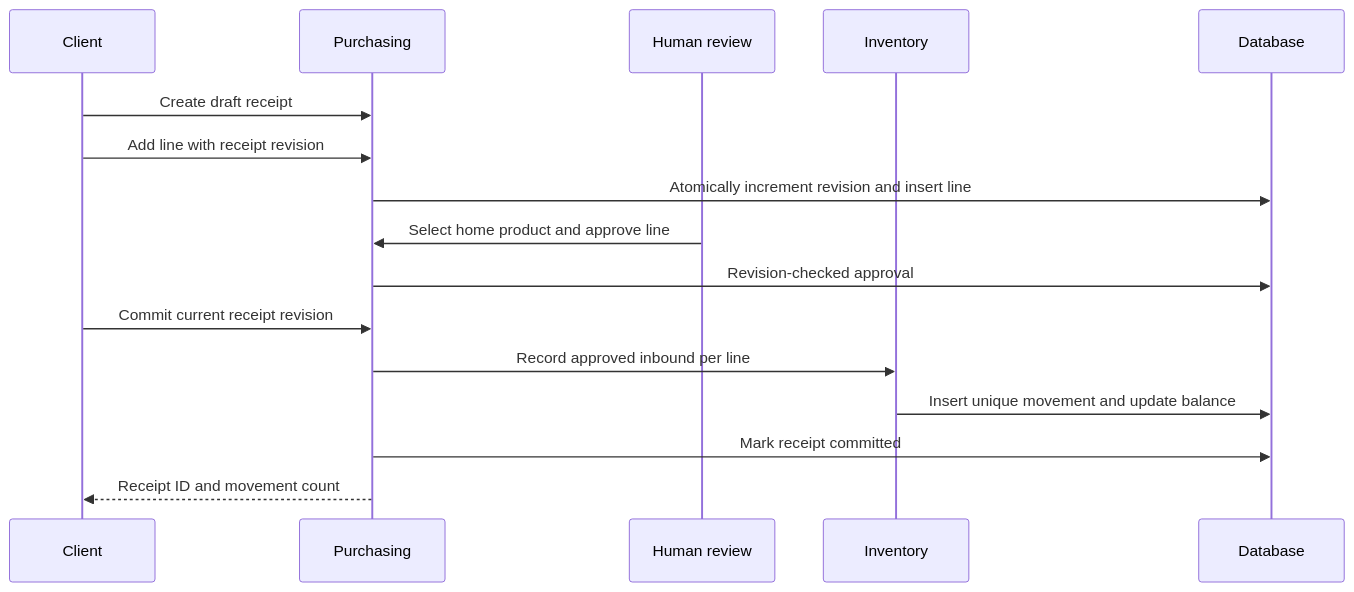
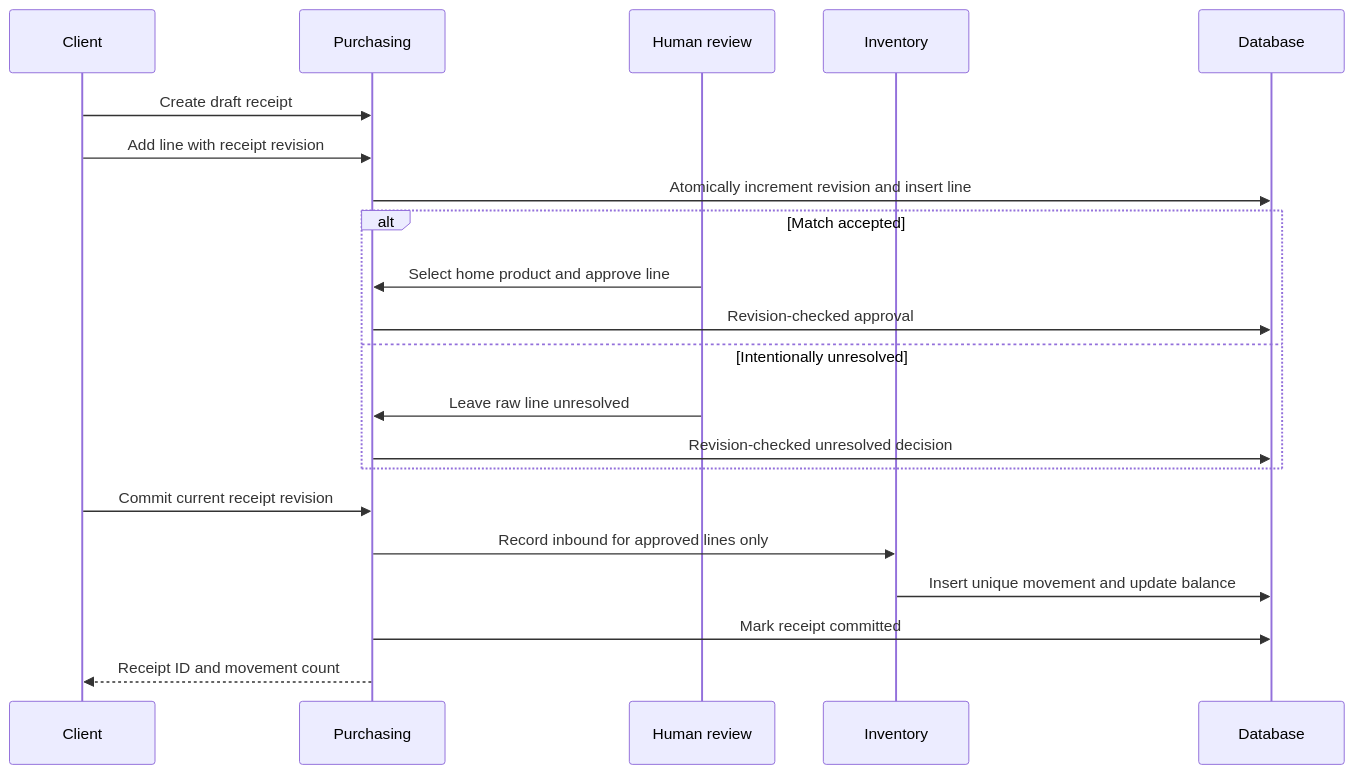
The first of 3 diagrams in docs/product/phases/phase-05-inventory-purchasing/architecture-and-flows.md (providentia-systems/backend), drawn with Mermaid before and after one commit. The commit also changed other lines of this file and 48 other files, not shown here.

````diff
--- a/docs/product/phases/phase-05-inventory-purchasing/architecture-and-flows.md
+++ b/docs/product/phases/phase-05-inventory-purchasing/architecture-and-flows.md
@@ -19,19 +19,24 @@
 ```mermaid
 sequenceDiagram
     participant Client
     participant Purchasing
     participant Review as Human review
     participant Inventory
     participant Database
 
     Client->>Purchasing: Create draft receipt
     Client->>Purchasing: Add line with receipt revision
     Purchasing->>Database: Atomically increment revision and insert line
-    Review->>Purchasing: Select home product and approve line
-    Purchasing->>Database: Revision-checked approval
+    alt Match accepted
+        Review->>Purchasing: Select home product and approve line
+        Purchasing->>Database: Revision-checked approval
+    else Intentionally unresolved
+        Review->>Purchasing: Leave raw line unresolved
+        Purchasing->>Database: Revision-checked unresolved decision
+    end
     Client->>Purchasing: Commit current receipt revision
-    Purchasing->>Inventory: Record approved inbound per line
+    Purchasing->>Inventory: Record inbound for approved lines only
     Inventory->>Database: Insert unique movement and update balance
     Purchasing->>Database: Mark receipt committed
     Purchasing-->>Client: Receipt ID and movement count
 ```
````
